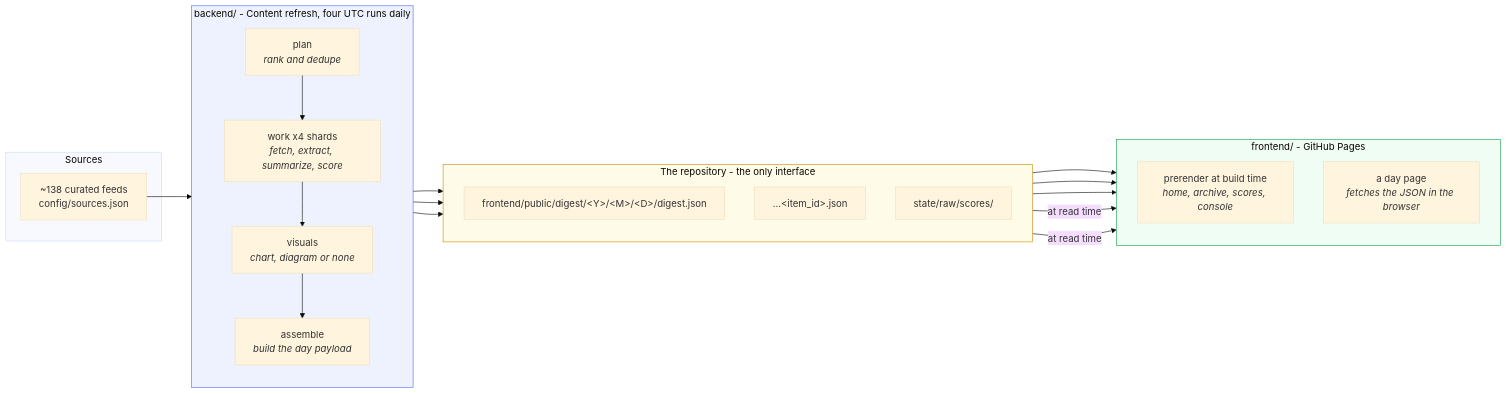
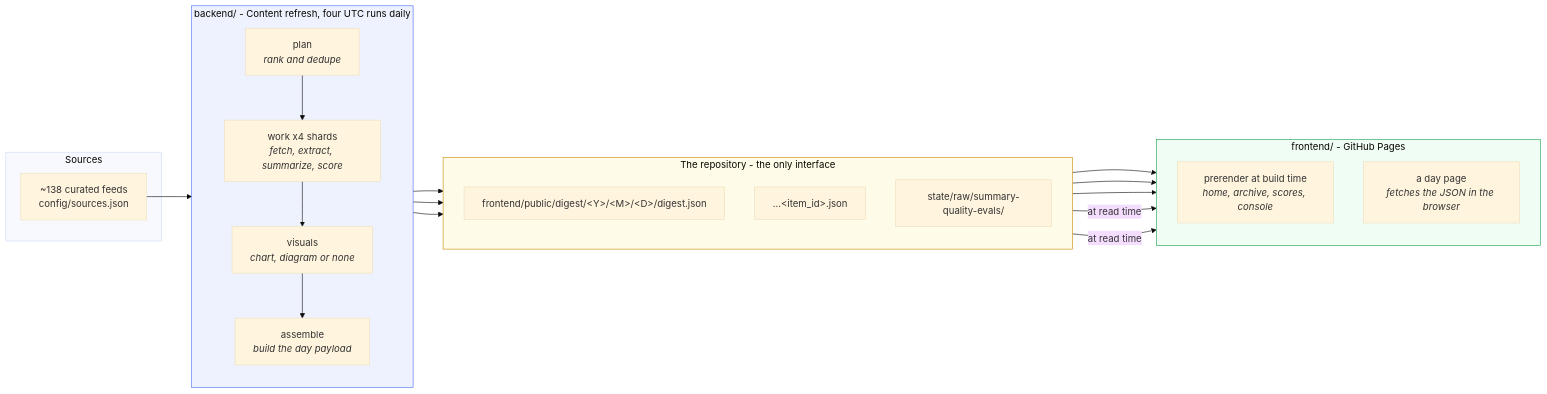
One commit to miztiik/yen-idhazh changed the first of 3 diagrams in docs/architecture/overview.md. Above: the diagram before and after it, drawn with Mermaid (base theme). The commit also changed 32 other files, not shown here.

````diff
--- a/docs/architecture/overview.md
+++ b/docs/architecture/overview.md
@@ -12,37 +12,37 @@
 ```mermaid
 flowchart LR
  subgraph src["Sources"]
  F1["~138 curated feeds<br/>config/sources.json"]
  end
 
  subgraph ci["backend/ - Content refresh, four UTC runs daily"]
  direction TB
  P["plan<br/><i>rank and dedupe</i>"]
  W["work x4 shards<br/><i>fetch, extract, summarize, score</i>"]
  R["visuals<br/><i>chart, diagram or none</i>"]
  AS["assemble<br/><i>build the day payload</i>"]
  P --> W --> R --> AS
  end
 
  subgraph repo["The repository - the only interface"]
  direction TB
  D1["frontend/public/digest/&lt;Y&gt;/&lt;M&gt;/&lt;D&gt;/digest.json"]
  D2["...&lt;item_id&gt;.json"]
- D3["state/raw/scores/"]
+ D3["state/raw/summary-quality-evals/"]
  end
 
  subgraph fe["frontend/ - GitHub Pages"]
  direction TB
  B["prerender at build time<br/><i>home, archive, scores, console</i>"]
  S["a day page<br/><i>fetches the JSON in the browser</i>"]
  end
 
  F1 --> P
  AS --> D1 & D2 & D3
  D1 & D2 & D3 --> B
  D1 & D2 -->|"at read time"| S
 
  style ci fill:#eef2ff,stroke:#4c6ef5
  style fe fill:#f0fdf4,stroke:#16a34a
  style repo fill:#fefce8,stroke:#ca8a04
 ```
````
